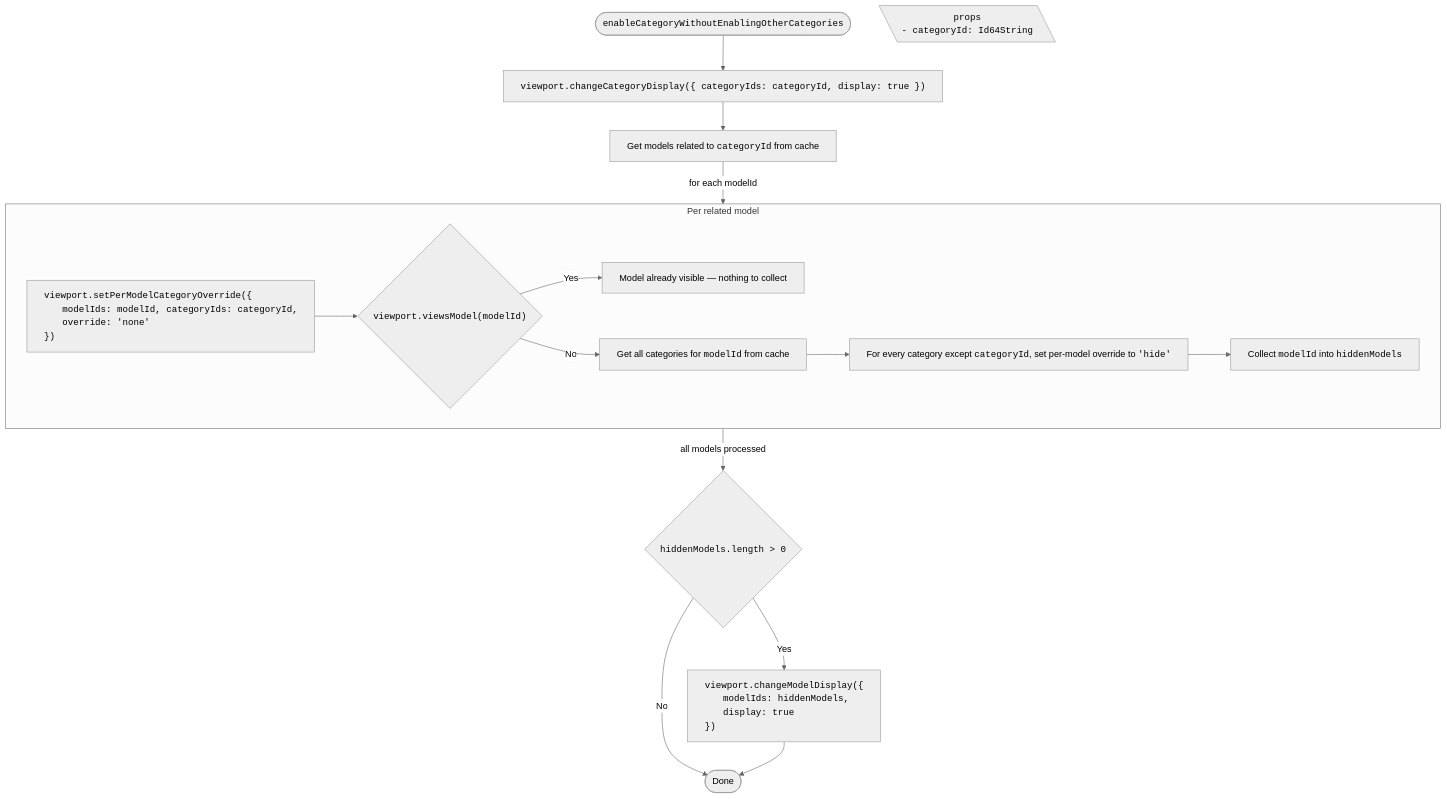
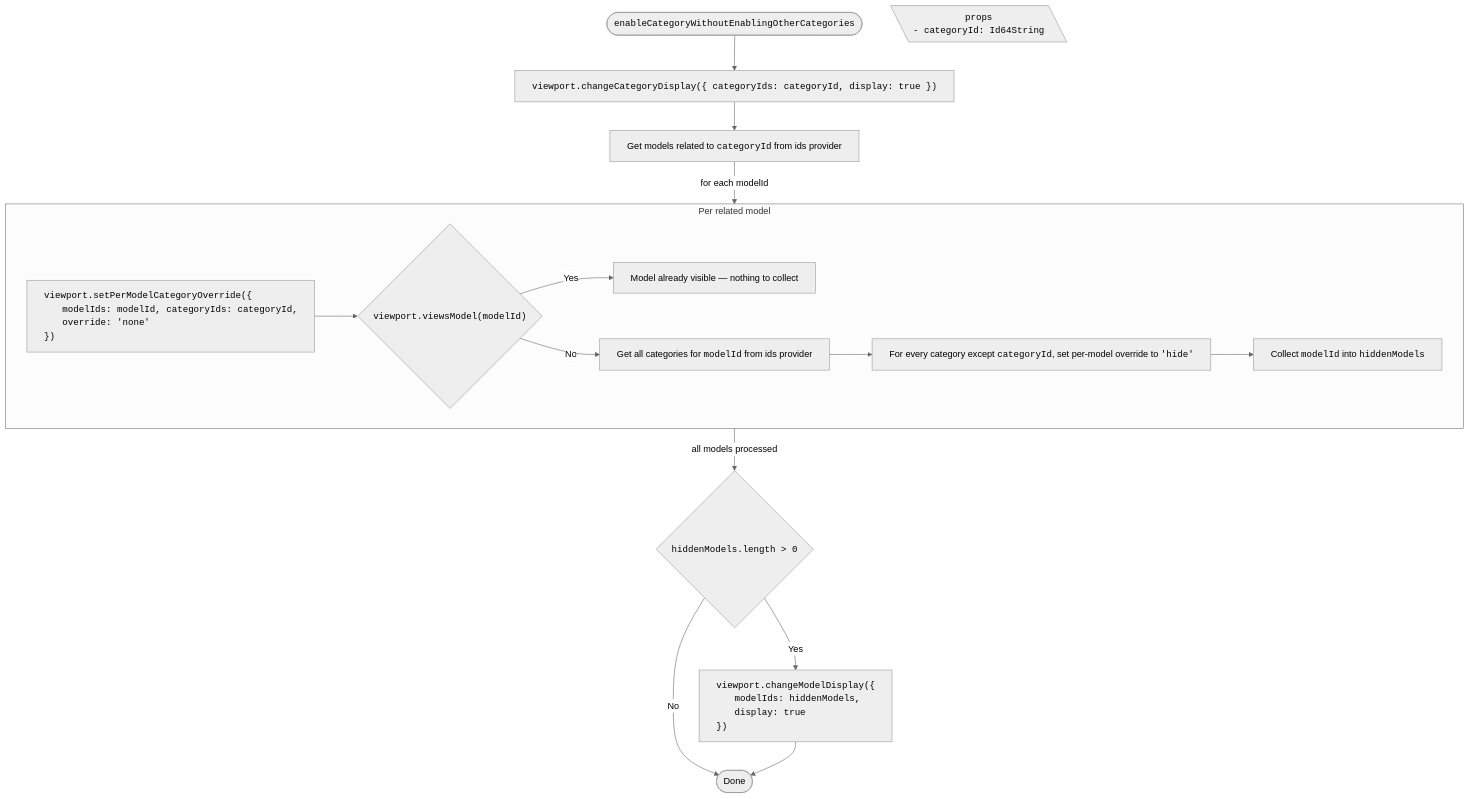
The fifth of 6 diagrams in packages/tree-widget/docs/CategoriesTreeVisibilityHandling.md (iTwin/viewer-components-react), drawn with Mermaid (neutral theme) before and after one commit. The commit also changed other lines of this file and 72 other files, not shown here.

````diff
--- a/packages/tree-widget/docs/CategoriesTreeVisibilityHandling.md
+++ b/packages/tree-widget/docs/CategoriesTreeVisibilityHandling.md
@@ -186,41 +186,41 @@
 ```mermaid
 ---
 config:
   flowchart:
     wrappingWidth: 750
     useMaxWidth: false
 ---
 
 flowchart TD
   RESULT_Done([Done])
 
   %% Start
   TITLE(["<span style='font-family: monospace;'>enableCategoryWithoutEnablingOtherCategories</span>"]) --> A["<span style='font-family: monospace;'>viewport.changeCategoryDisplay({ categoryIds: categoryId, display: true })</span>"]
 
   PROPS[\"
     <span style='font-family: monospace;'>props</span>
     <span style='display: block; text-align: left; font-family: monospace;'>- categoryId: Id64String</span>
   "\]
 
-  A --> B["Get models related to <span style='font-family: monospace;'>categoryId</span> from cache"]
+  A --> B["Get models related to <span style='font-family: monospace;'>categoryId</span> from ids provider"]
   B -- "for each modelId" --> SUB
 
   subgraph SUB["Per related model"]
     C["<div style='text-align: left; font-family: monospace;'>viewport.setPerModelCategoryOverride({
     <span style='padding-left: 2rem;'>modelIds: modelId, categoryIds: categoryId,</span>
     <span style='padding-left: 2rem;'>override: 'none'</span>
     })</div>"] --> D{"<span style='font-family: monospace;'>viewport.viewsModel(modelId)</span>"}
     D -- Yes --> D1["Model already visible — nothing to collect"]
-    D -- No --> E["Get all categories for <span style='font-family: monospace;'>modelId</span> from cache"]
+    D -- No --> E["Get all categories for <span style='font-family: monospace;'>modelId</span> from ids provider"]
     E --> F["For every category except <span style='font-family: monospace;'>categoryId</span>, set per-model override to <span style='font-family: monospace;'>'hide'</span>"]
     F --> G["Collect <span style='font-family: monospace;'>modelId</span> into <span style='font-family: monospace;'>hiddenModels</span>"]
   end
 
   SUB -- "all models processed" --> H{"<span style='font-family: monospace;'>hiddenModels.length > 0</span>"}
   H -- Yes --> H1["<div style='text-align: left; font-family: monospace;'>viewport.changeModelDisplay({
     <span style='padding-left: 2rem;'>modelIds: hiddenModels,</span>
     <span style='padding-left: 2rem;'>display: true</span>
     })</div>"]
   H -- No --> RESULT_Done
   H1 --> RESULT_Done
 ```
````
